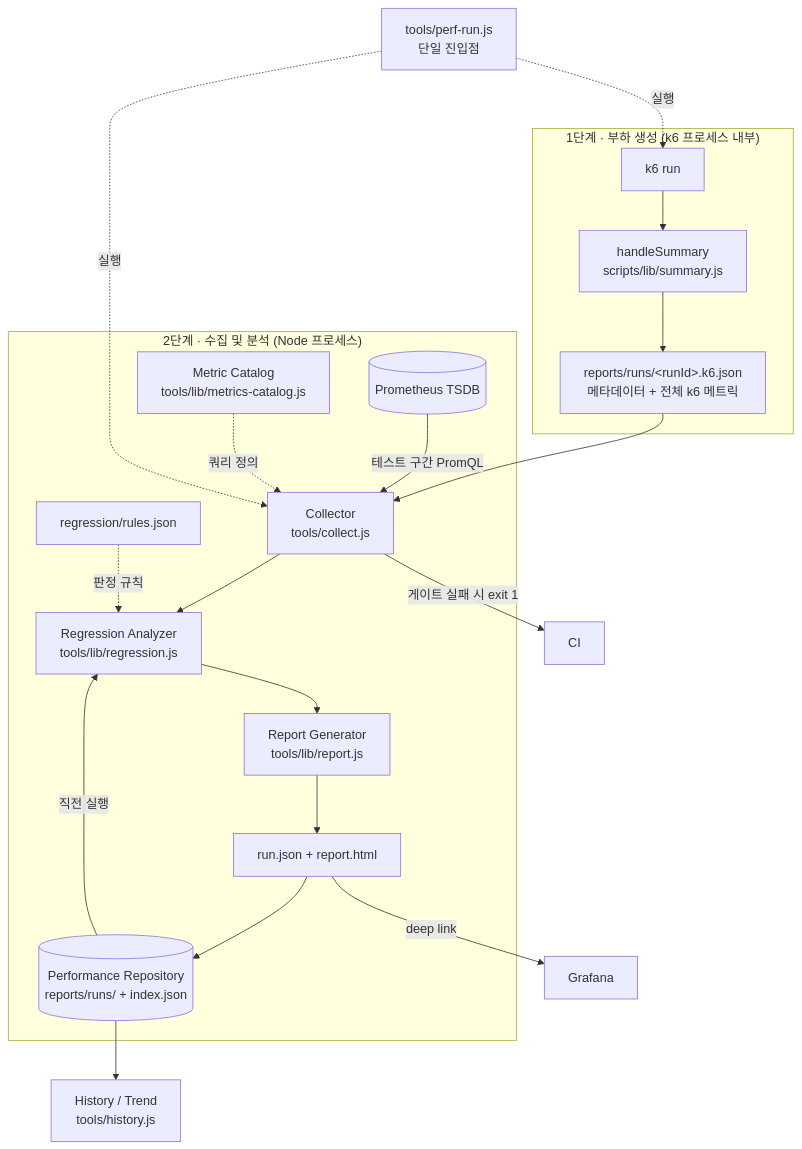
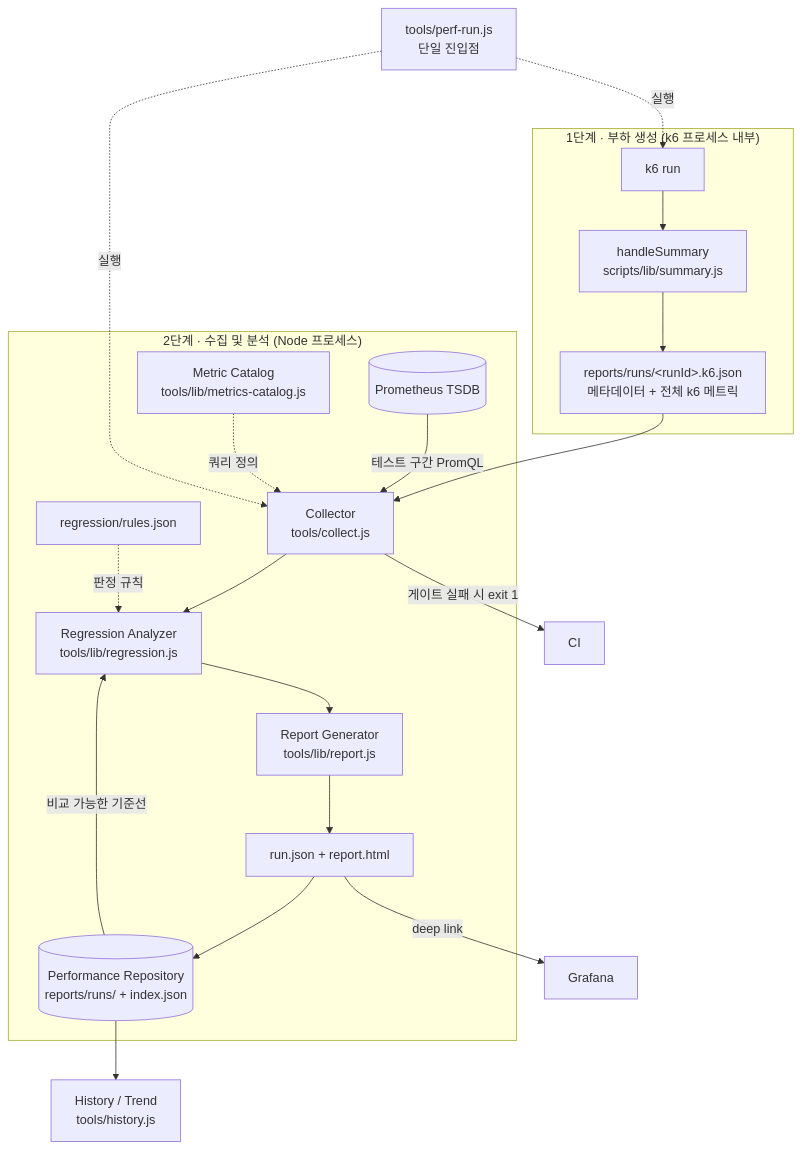
Before and after one commit to JangHyeok2909/highteenday-backend: the diagram in performance/PERFORMANCE-MANAGEMENT.md, drawn with Mermaid. The commit also changed other lines of this file and 10 other files, not shown here.

````diff
--- a/performance/PERFORMANCE-MANAGEMENT.md
+++ b/performance/PERFORMANCE-MANAGEMENT.md
@@ -31,26 +31,26 @@
 ```mermaid
 flowchart TD
     subgraph P1["1단계 · 부하 생성 (k6 프로세스 내부)"]
         K6[k6 run] --> HS["handleSummary<br/>scripts/lib/summary.js"]
         HS --> STG["reports/runs/&lt;runId&gt;.k6.json<br/>메타데이터 + 전체 k6 메트릭"]
     end
 
     subgraph P2["2단계 · 수집 및 분석 (Node 프로세스)"]
         STG --> COL["Collector<br/>tools/collect.js"]
         PROM[(Prometheus TSDB)] -->|"테스트 구간 PromQL"| COL
         CAT["Metric Catalog<br/>tools/lib/metrics-catalog.js"] -.->|쿼리 정의| COL
         COL --> REG["Regression Analyzer<br/>tools/lib/regression.js"]
         RULES["regression/rules.json"] -.->|판정 규칙| REG
-        HIST[("Performance Repository<br/>reports/runs/ + index.json")] -->|직전 실행| REG
+        HIST[("Performance Repository<br/>reports/runs/ + index.json")] -->|비교 가능한 기준선| REG
         REG --> RPT["Report Generator<br/>tools/lib/report.js"]
         RPT --> OUT["run.json + report.html"]
         OUT --> HIST
     end
 
     HIST --> TREND["History / Trend<br/>tools/history.js"]
     OUT -->|deep link| GRAF[Grafana]
     COL -->|게이트 실패 시 exit 1| CI[CI]
 
     ORCH["tools/perf-run.js<br/>단일 진입점"] -.->|실행| K6
     ORCH -.->|실행| COL
 ```
````
